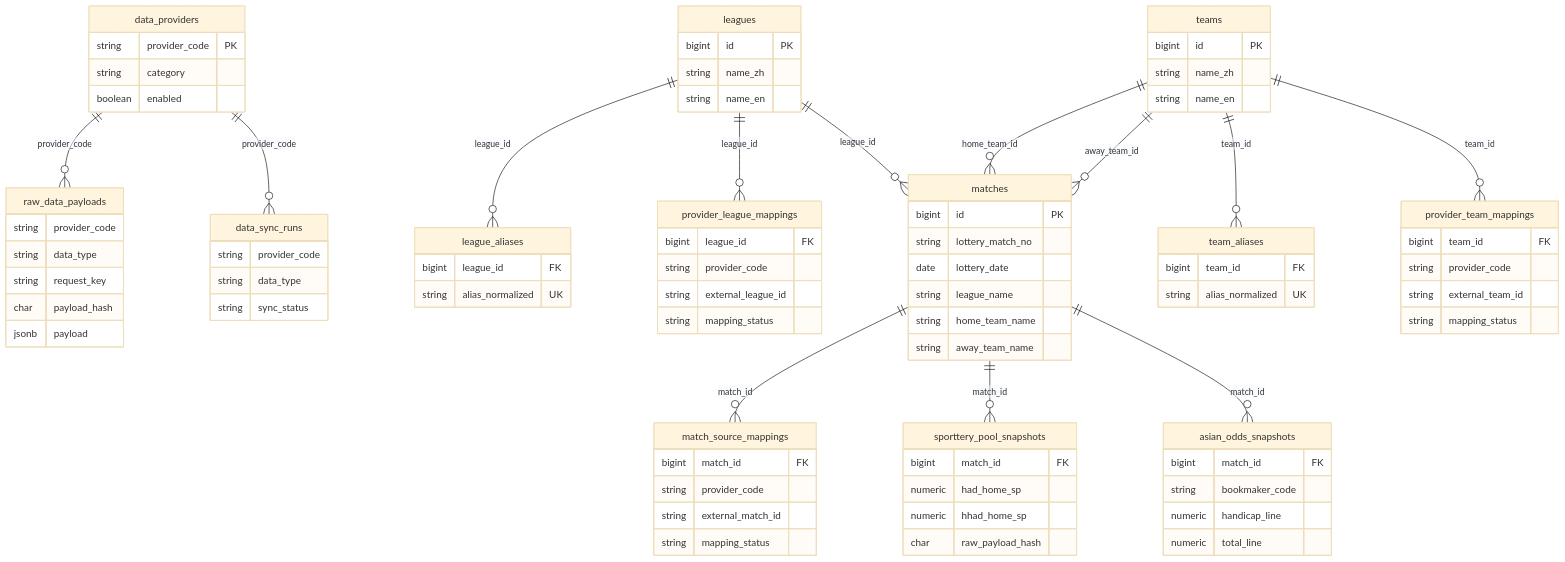
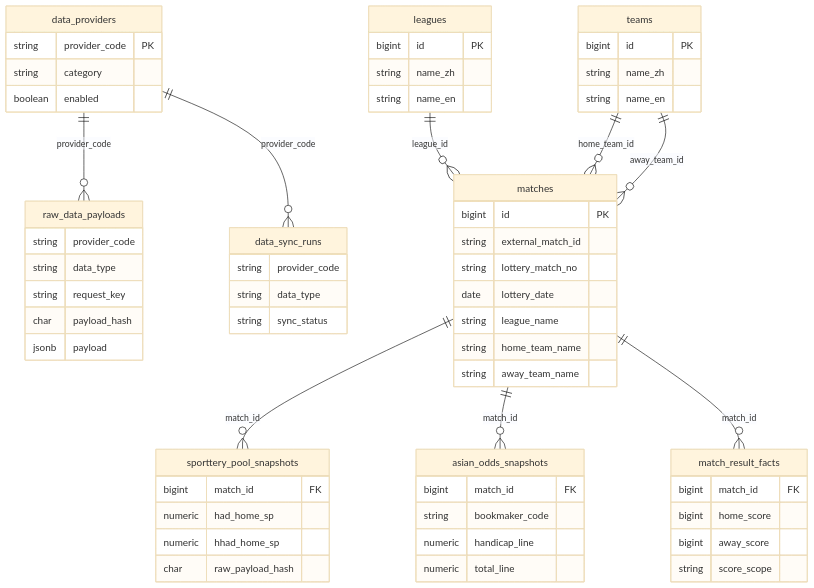
Before and after one commit to ren997/jingcai-compass: the second of 6 diagrams in docs/business-data-flow.md, drawn with Mermaid (base theme). The commit also changed other lines of this file and 8 other files, not shown here.

````diff
--- a/docs/business-data-flow.md
+++ b/docs/business-data-flow.md
@@ -41,18 +42,13 @@
   data_providers ||--o{ raw_data_payloads : provider_code
   data_providers ||--o{ data_sync_runs : provider_code
 
-  leagues ||--o{ league_aliases : league_id
-  leagues ||--o{ provider_league_mappings : league_id
   leagues ||--o{ matches : league_id
-
-  teams ||--o{ team_aliases : team_id
-  teams ||--o{ provider_team_mappings : team_id
   teams ||--o{ matches : home_team_id
   teams ||--o{ matches : away_team_id
 
-  matches ||--o{ match_source_mappings : match_id
   matches ||--o{ sporttery_pool_snapshots : match_id
   matches ||--o{ asian_odds_snapshots : match_id
+  matches ||--o{ match_result_facts : match_id
 
   data_providers {
     string provider_code PK
@@ -88,42 +84,12 @@
 
   matches {
     bigint id PK
+    string external_match_id
     string lottery_match_no
     date lottery_date
     string league_name
     string home_team_name
     string away_team_name
-  }
-
-  league_aliases {
-    bigint league_id FK
-    string alias_normalized UK
-  }
-
-  team_aliases {
-    bigint team_id FK
-    string alias_normalized UK
-  }
-
-  provider_league_mappings {
-    bigint league_id FK
-    string provider_code
-    string external_league_id
-    string mapping_status
-  }
-
-  provider_team_mappings {
-    bigint team_id FK
-    string provider_code
-    string external_team_id
-    string mapping_status
-  }
-
-  match_source_mappings {
-    bigint match_id FK
-    string provider_code
-    string external_match_id
-    string mapping_status
   }
 
   sporttery_pool_snapshots {
@@ -139,4 +105,11 @@
     numeric handicap_line
     numeric total_line
   }
+
+  match_result_facts {
+    bigint match_id FK
+    bigint home_score
+    bigint away_score
+    string score_scope
+  }
 ```
````
